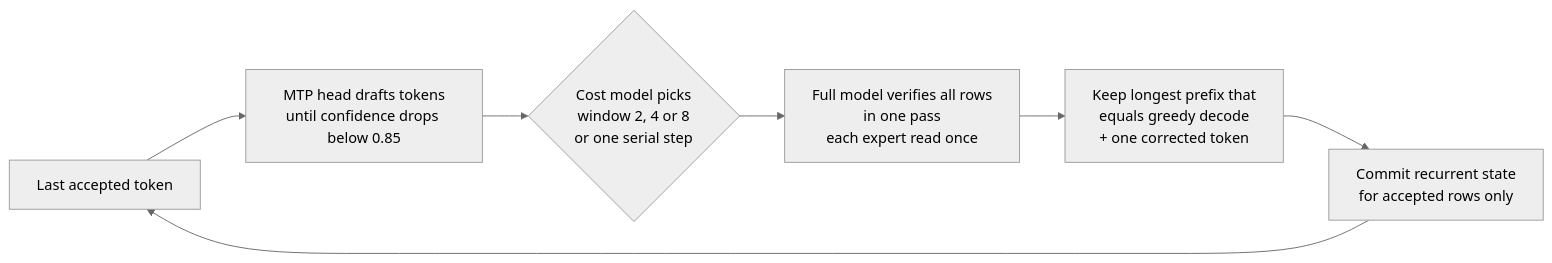
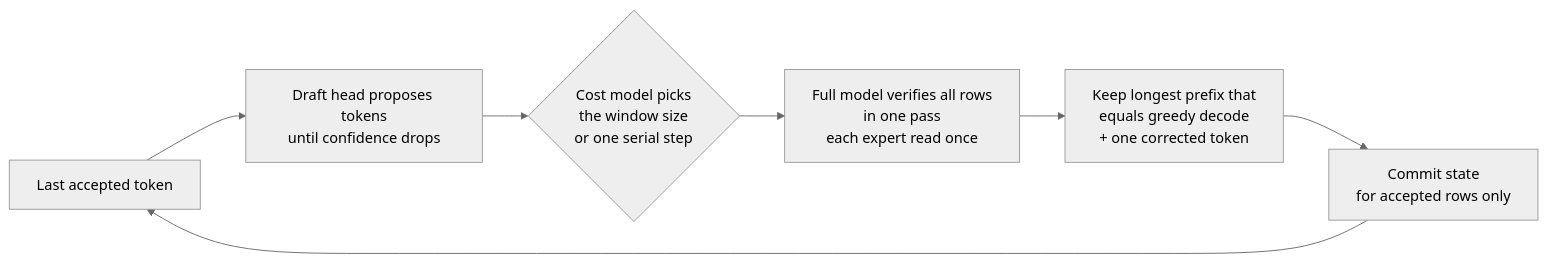
The first of 2 diagrams in README.md (hyukudan/strix-halo-engine-lab), drawn with Mermaid (neutral theme) before and after one commit. The commit also changed other lines of this file and 3 other files, not shown here.

````diff
--- a/README.md
+++ b/README.md
@@ -291,9 +286,9 @@
 ```mermaid
 flowchart LR
-    A["Last accepted token"] --> B["MTP head drafts tokens<br/>until confidence drops below 0.85"]
-    B --> C{"Cost model picks<br/>window 2, 4 or 8<br/>or one serial step"}
+    A["Last accepted token"] --> B["Draft head proposes tokens<br/>until confidence drops"]
+    B --> C{"Cost model picks<br/>the window size<br/>or one serial step"}
     C --> D["Full model verifies all rows<br/>in one pass<br/>each expert read once"]
     D --> E["Keep longest prefix that<br/>equals greedy decode<br/>+ one corrected token"]
-    E --> F["Commit recurrent state<br/>for accepted rows only"]
+    E --> F["Commit state<br/>for accepted rows only"]
     F --> A
 ```
````
